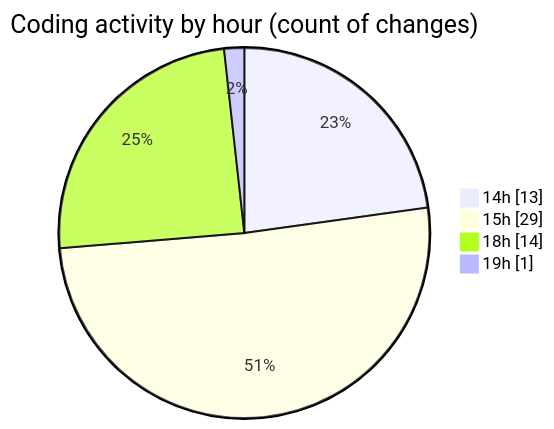
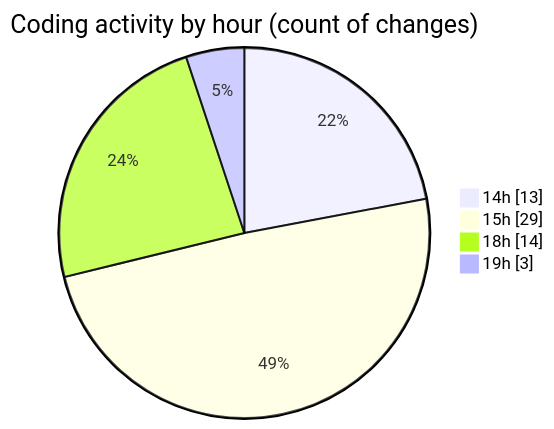
One commit to Ritupan-Deka/code-tracking changed the second of 2 diagrams in 2025-06-23/scopecraft/README.md. Above: the diagram before and after it, drawn with Mermaid. The commit also changed other lines of this file and 1 other file, not shown here.

````diff
--- a/2025-06-23/scopecraft/README.md
+++ b/2025-06-23/scopecraft/README.md
@@ -48,8 +48,8 @@
 ```mermaid
 pie showData
 title Coding activity by hour (count of changes)
 "14h" : 13
 "15h" : 29
 "18h" : 14
-"19h" : 1
+"19h" : 3
 ```
````
